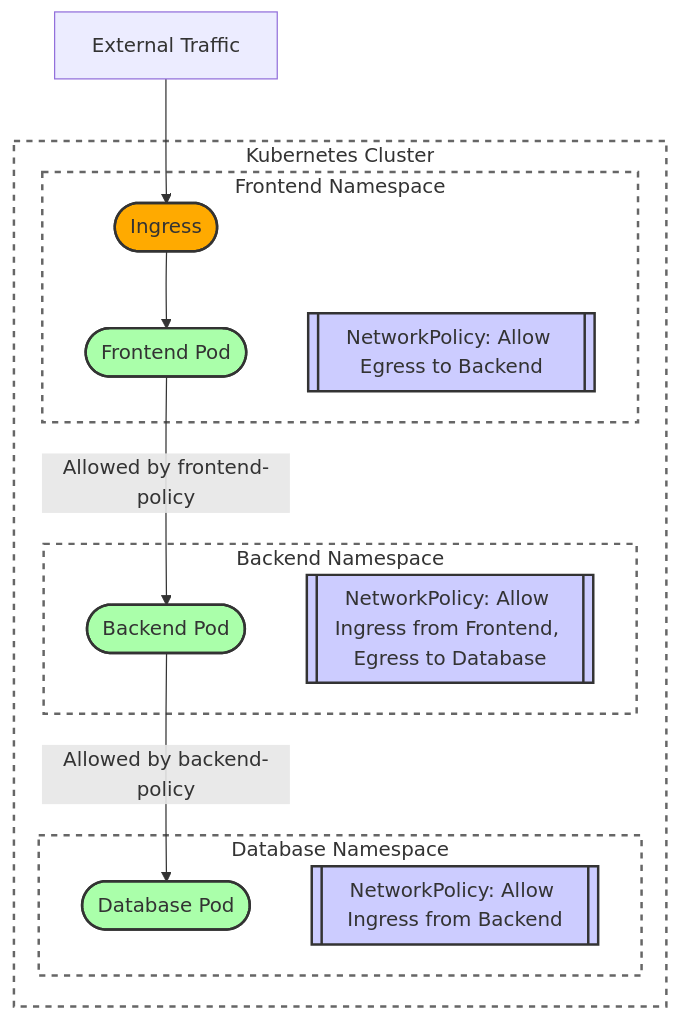
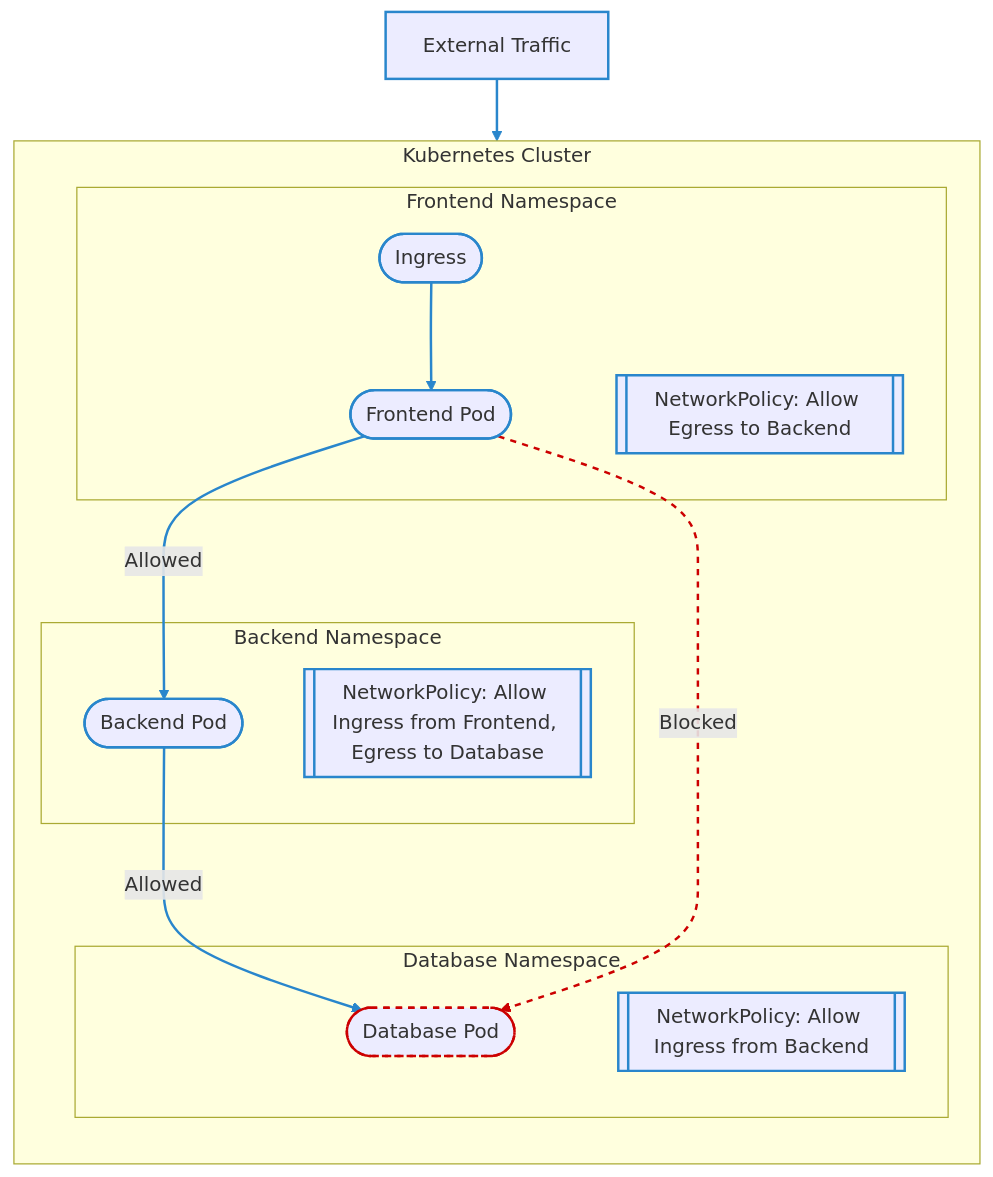
Before and after one commit to hrittikhere/diagrams: the first of 2 diagrams in network-segmentation.md, drawn with Mermaid. The commit also changed other lines of this file, not shown here.

````diff
--- a/network-segmentation.md
+++ b/network-segmentation.md
@@ -3,33 +3,40 @@
 ```mermaid
-
 graph TB
   subgraph cluster[Kubernetes Cluster]
-    subgraph frontend-ns [Frontend Namespace]
-      frontend-pod([Frontend Pod]):::pod
-      frontend-policy[[NetworkPolicy: Allow Egress to Backend]]:::policy
-      ingress([Ingress]):::ingress
+    direction TB
+    subgraph frontend-ns[Frontend Namespace]
+      frontend-pod([Frontend Pod]):::allowed
+      frontend-pol[[NetworkPolicy: Allow Egress to Backend]]:::allowed
+      ingress([Ingress]):::allowed
     end
 
-    subgraph backend-ns [Backend Namespace]
-      backend-pod([Backend Pod]):::pod
-      backend-policy[[NetworkPolicy: Allow Ingress from Frontend, Egress to Database]]:::policy
+    subgraph backend-ns[Backend Namespace]
+      backend-pod([Backend Pod]):::allowed
+      backend-pol[[NetworkPolicy: Allow Ingress from Frontend, Egress to Database]]:::allowed
     end
 
-    subgraph database-ns [Database Namespace]
-      database-pod([Database Pod]):::pod
-      database-policy[[NetworkPolicy: Allow Ingress from Backend]]:::policy
+    subgraph database-ns[Database Namespace]
+      database-pod([Database Pod]):::allowed
+      database-pol[[NetworkPolicy: Allow Ingress from Backend]]:::allowed
     end
   end
 
-  internet[External Traffic] --> ingress
+  internet[External Traffic]:::allowed --> ingress
   ingress --> frontend-pod
-  frontend-pod --> |Allowed by frontend-policy| backend-pod
-  backend-pod --> |Allowed by backend-policy| database-pod
+  frontend-pod --> |Allowed| backend-pod:::allowed
+  backend-pod --> |Allowed| database-pod:::allowed
+  frontend-pod -.-> |Blocked| database-pod:::blocked
 
-  classDef pod fill:#aaffaa,stroke:#333,stroke-width:2px;
-  classDef ingress fill:#ffaa00,stroke:#333,stroke-width:2px;
-  classDef policy fill:#ccccff,stroke:#333,stroke-width:2px;
-  classDef cluster fill:#fff,stroke:#666,stroke-width:2px,stroke-dasharray:5 5;
+  classDef allowed stroke:#2986cc,stroke-width:2px;
+  classDef blocked stroke:#cc0000,stroke-dasharray:5 5,stroke-width:2px;
+  
+  %% Explicit traffic coloring
+  linkStyle 0 stroke:#2986cc,stroke-width:2px;
+  linkStyle 1 stroke:#2986cc,stroke-width:2px;
+  linkStyle 2 stroke:#2986cc,stroke-width:2px;
+  linkStyle 3 stroke:#2986cc,stroke-width:2px;
+  linkStyle 4 stroke:#cc0000,stroke-width:2px,stroke-dasharray:5 5;
+
 
 
 ```
````
